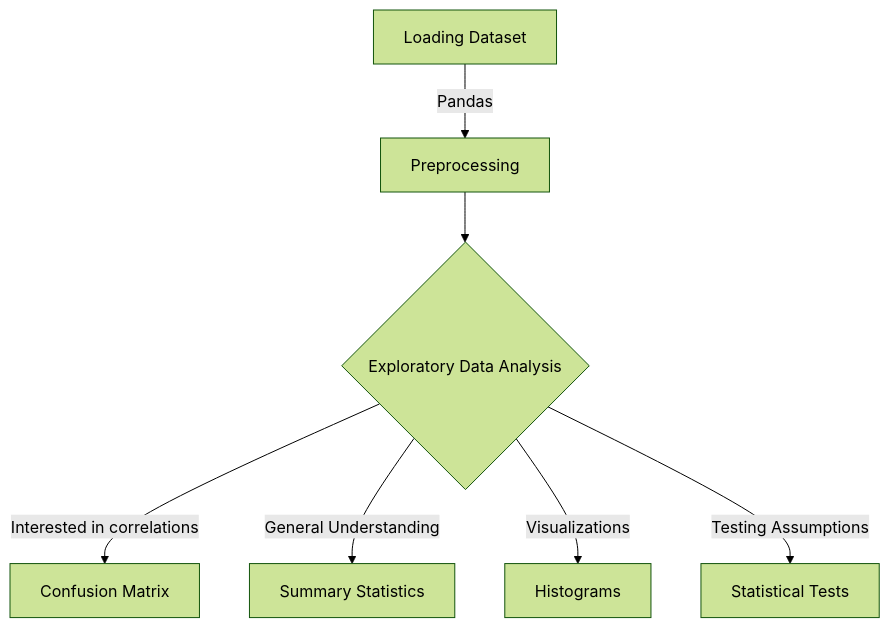
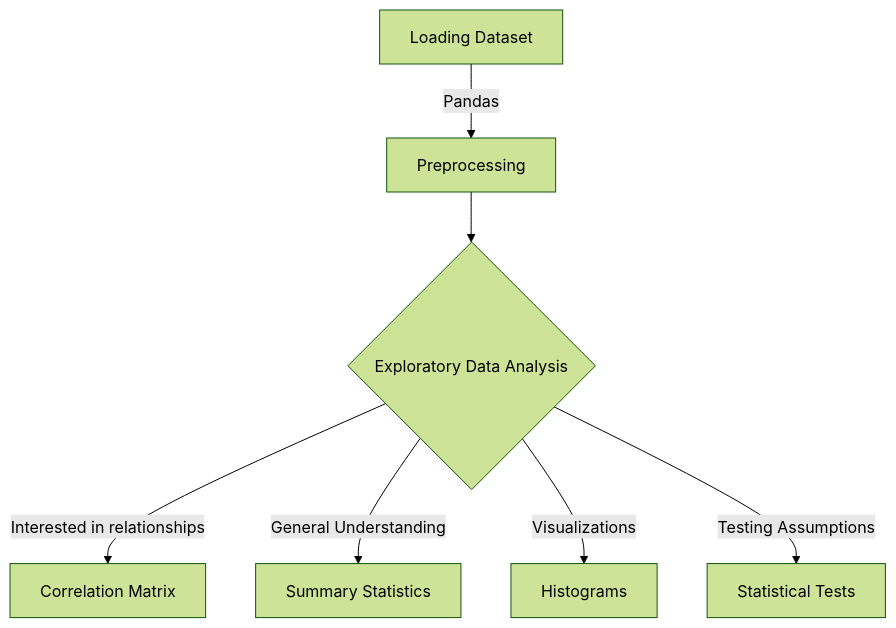
Before and after one commit to defunSM/datatree: the diagram in README.md, drawn with Mermaid (forest theme).

````diff
--- a/README.md
+++ b/README.md
@@ -4,9 +4,9 @@
 ```mermaid
 graph TD
     A[Loading Dataset] -->|Pandas| B[Preprocessing]
     B --> C{Exploratory Data Analysis}
-    C -->|Interested in correlations| D[Confusion Matrix]
+    C -->|Interested in relationships| D[Correlation Matrix]
     C -->|General Understanding| E[Summary Statistics]
     C -->|Visualizations| F[Histograms]
     C -->|Testing Assumptions| G[Statistical Tests]
 ```
````
